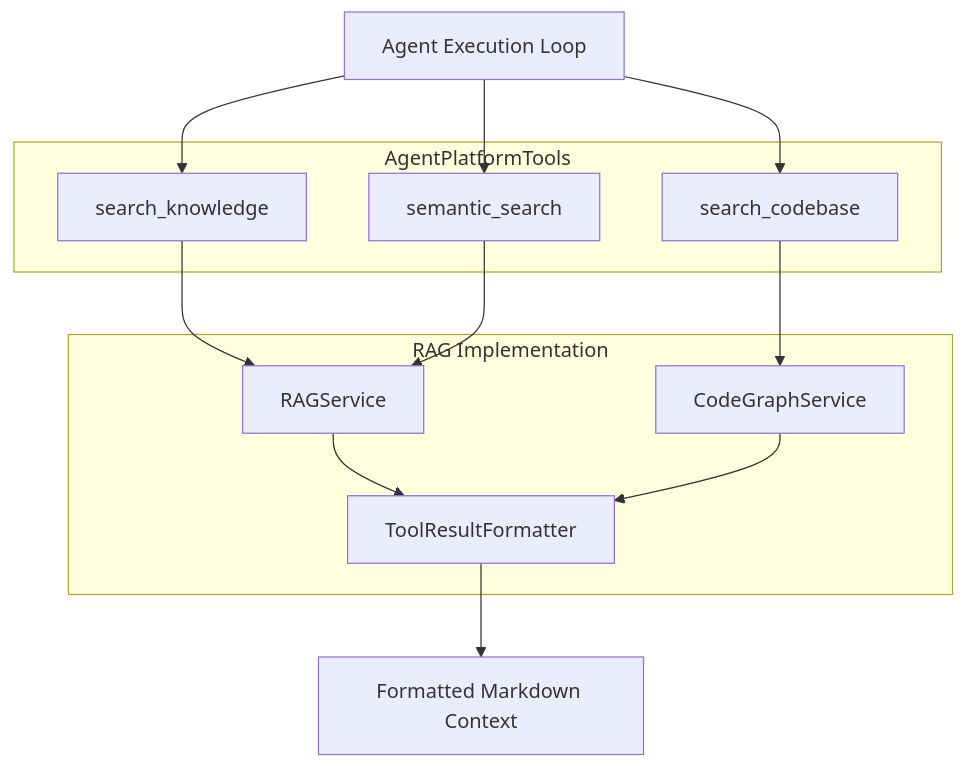
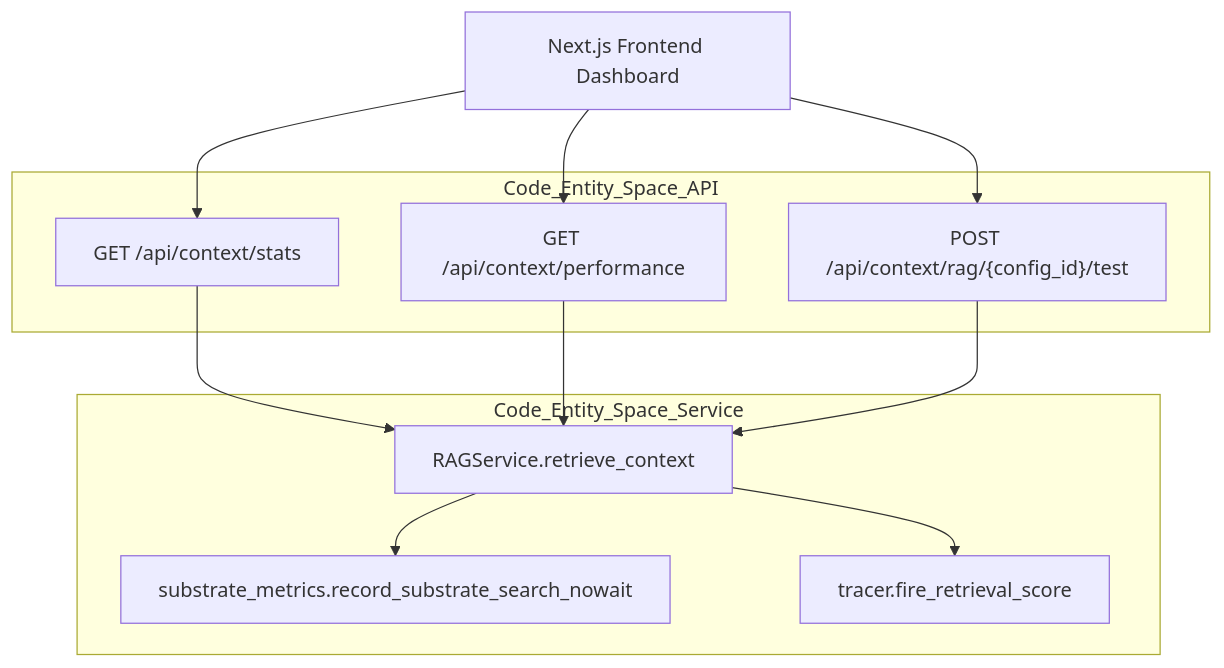
Before and after one commit to AutomatosAI/automatos-ai: the third of 3 diagrams in docs/knowledge-base-rag/rag-retrieval-system.md, drawn with Mermaid. The commit also changed other lines of this file and 191 other files, not shown here.

````diff
--- a/docs/knowledge-base-rag/rag-retrieval-system.md
+++ b/docs/knowledge-base-rag/rag-retrieval-system.md
@@ -277,26 +245,25 @@
 ```mermaid
 graph TB
-    Agent["Agent Execution Loop"]
+    UI["Next.js Frontend Dashboard"]
     
-    subgraph "AgentPlatformTools"
-        SK["search_knowledge"]
-        SS["semantic_search"]
-        SC["search_codebase"]
+    subgraph "Code_Entity_Space_API"
+        Stats["GET /api/context/stats"]
+        Perf["GET /api/context/performance"]
+        Test["POST /api/context/rag/{config_id}/test"]
     end
     
-    subgraph "RAG Implementation"
-        RS["RAGService"]
-        CGS["CodeGraphService"]
-        TRF["ToolResultFormatter"]
+    subgraph "Code_Entity_Space_Service"
+        RS["RAGService.retrieve_context"]
+        Substrate["substrate_metrics.record_substrate_search_nowait"]
+        Tracer["tracer.fire_retrieval_score"]
     end
     
-    Agent --> SK
-    Agent --> SS
-    Agent --> SC
-    SK --> RS
-    SS --> RS
-    SC --> CGS
-    RS --> TRF
-    CGS --> TRF
-    TRF --> Result["Formatted Markdown Context"]
+    UI --> Stats
+    UI --> Perf
+    UI --> Test
+    Stats --> RS
+    Perf --> RS
+    Test --> RS
+    RS --> Substrate
+    RS --> Tracer
 ```
````
